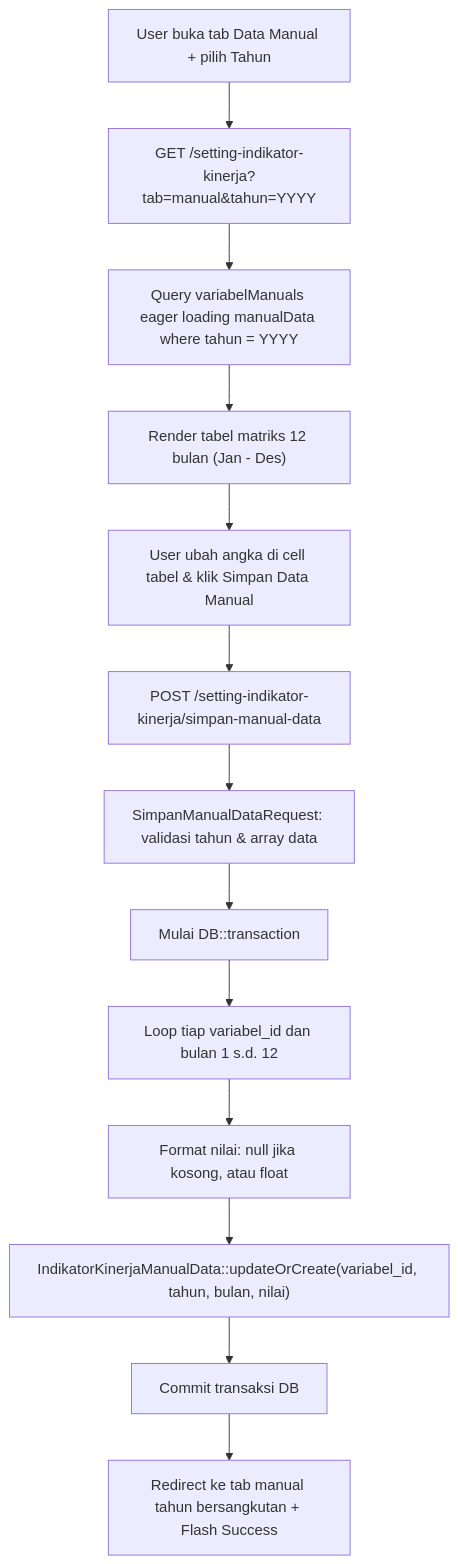
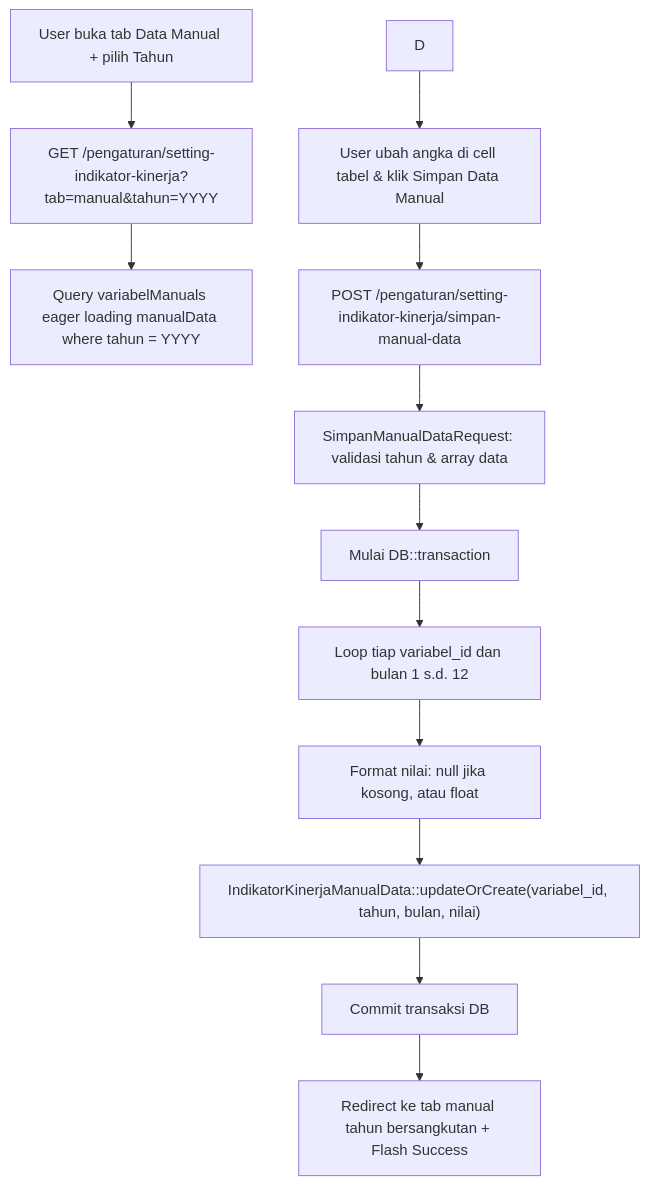
One commit to AltamaSidoarjo/laravel-siakurat-pt-smt changed the second of 2 diagrams in dokumentasi/pengaturan-setting-indikator-kinerja.md. Above: the diagram before and after it, drawn with Mermaid. The commit also changed other lines of this file and 9 other files, not shown here.

Commit message:
refactor(kpi): move setting indikator kinerja routes into pengaturan prefix

````diff
--- a/dokumentasi/pengaturan-setting-indikator-kinerja.md
+++ b/dokumentasi/pengaturan-setting-indikator-kinerja.md
@@ -135,15 +135,14 @@
 ```mermaid
 flowchart TD
-    A["User buka tab Data Manual + pilih Tahun"] --> B["GET /setting-indikator-kinerja?tab=manual&tahun=YYYY"]
+    A["User buka tab Data Manual + pilih Tahun"] --> B["GET /pengaturan/setting-indikator-kinerja?tab=manual&tahun=YYYY"]
     B --> C["Query variabelManuals eager loading manualData where tahun = YYYY"]
-    C --> D["Render tabel matriks 12 bulan (Jan - Des)"]
     D --> E["User ubah angka di cell tabel & klik Simpan Data Manual"]
-    E --> F["POST /setting-indikator-kinerja/simpan-manual-data"]
+    E --> F["POST /pengaturan/setting-indikator-kinerja/simpan-manual-data"]
     F --> G["SimpanManualDataRequest: validasi tahun & array data"]
     G --> H["Mulai DB::transaction"]
     H --> I["Loop tiap variabel_id dan bulan 1 s.d. 12"]
     I --> J["Format nilai: null jika kosong, atau float"]
     J --> K["IndikatorKinerjaManualData::updateOrCreate(variabel_id, tahun, bulan, nilai)"]
     K --> L["Commit transaksi DB"]
     L --> M["Redirect ke tab manual tahun bersangkutan + Flash Success"]
 ```
````
